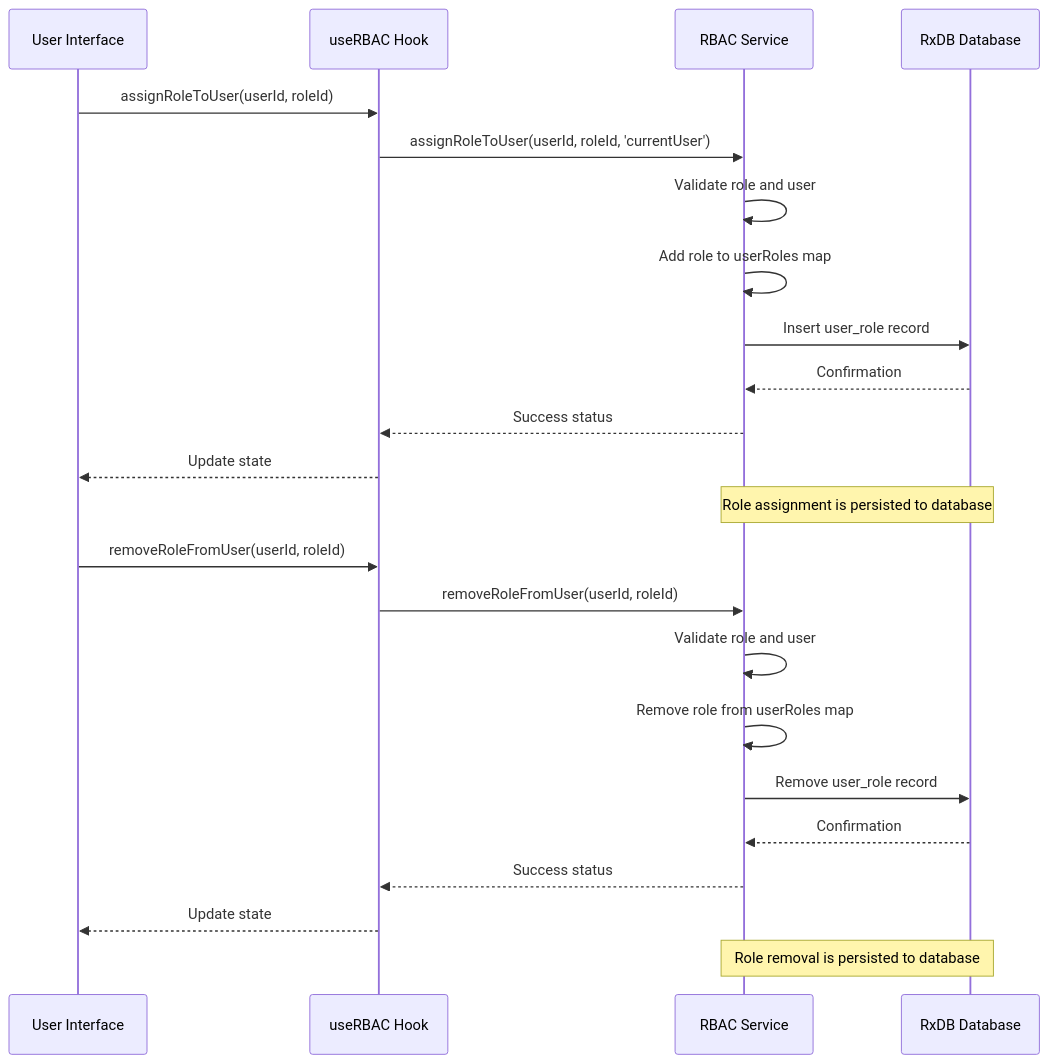
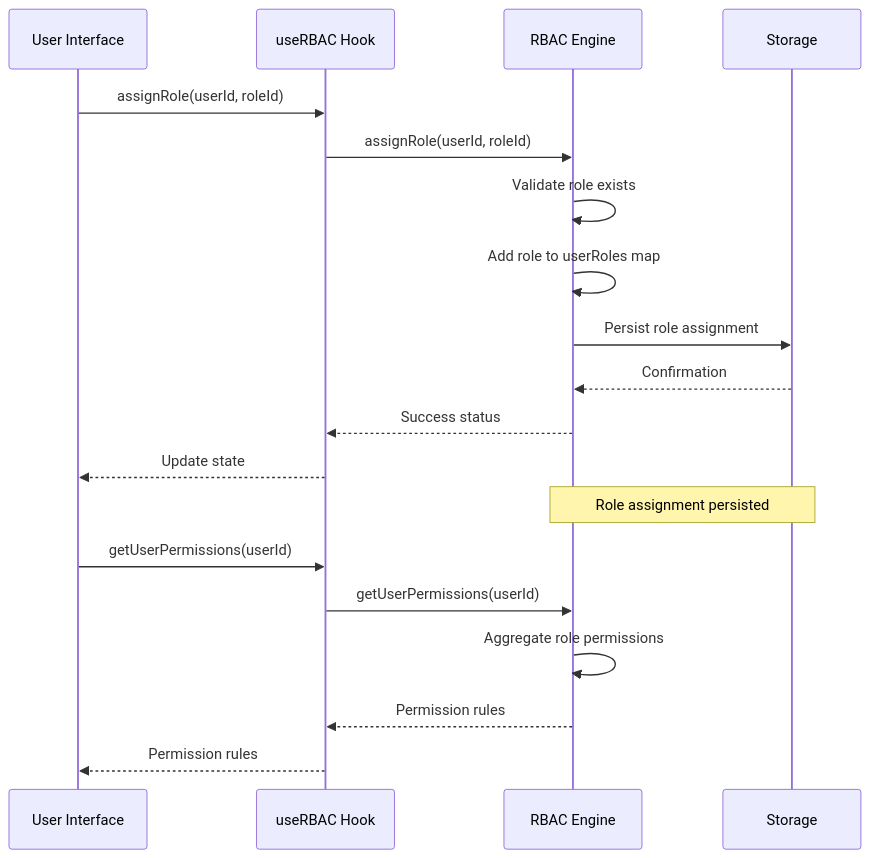
Before and after one commit to geniusdynamics/schoolpilot: the fourth of 9 diagrams in .qoder/repowiki/en/content/Core Systems/Authentication & Authorization/RBAC Architecture.md, drawn with Mermaid. The commit also changed other lines of this file and 760 other files, not shown here.

````diff
--- a/.qoder/repowiki/en/content/Core Systems/Authentication & Authorization/RBAC Architecture.md
+++ b/.qoder/repowiki/en/content/Core Systems/Authentication & Authorization/RBAC Architecture.md
@@ -216,25 +213,21 @@
 ```mermaid
 sequenceDiagram
 participant UI as User Interface
 participant Hook as useRBAC Hook
-participant Service as RBAC Service
-participant DB as RxDB Database
-UI->>Hook : assignRoleToUser(userId, roleId)
-Hook->>Service : assignRoleToUser(userId, roleId, 'currentUser')
-Service->>Service : Validate role and user
-Service->>Service : Add role to userRoles map
-Service->>DB : Insert user_role record
-DB-->>Service : Confirmation
-Service-->>Hook : Success status
+participant Engine as RBAC Engine
+participant Storage as Storage
+UI->>Hook : assignRole(userId, roleId)
+Hook->>Engine : assignRole(userId, roleId)
+Engine->>Engine : Validate role exists
+Engine->>Engine : Add role to userRoles map
+Engine->>Storage : Persist role assignment
+Storage-->>Engine : Confirmation
+Engine-->>Hook : Success status
 Hook-->>UI : Update state
-Note over Service,DB : Role assignment is persisted to database
-UI->>Hook : removeRoleFromUser(userId, roleId)
-Hook->>Service : removeRoleFromUser(userId, roleId)
-Service->>Service : Validate role and user
-Service->>Service : Remove role from userRoles map
-Service->>DB : Remove user_role record
-DB-->>Service : Confirmation
-Service-->>Hook : Success status
-Hook-->>UI : Update state
-Note over Service,DB : Role removal is persisted to database
+Note over Engine,Storage : Role assignment persisted
+UI->>Hook : getUserPermissions(userId)
+Hook->>Engine : getUserPermissions(userId)
+Engine->>Engine : Aggregate role permissions
+Engine-->>Hook : Permission rules
+Hook-->>UI : Permission rules
 ```
````
